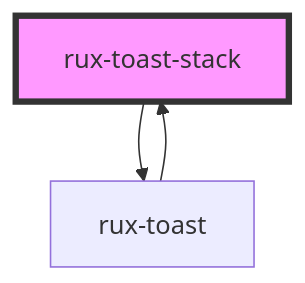
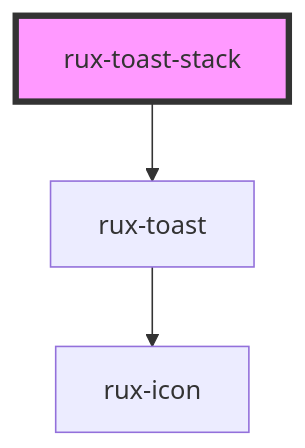
Before and after one commit to RocketCommunicationsInc/astro: the diagram in packages/web-components/src/components/rux-toast-stack/readme.md, drawn with Mermaid. The commit also changed other lines of this file and 5 other files, not shown here.

````diff
--- a/packages/web-components/src/components/rux-toast-stack/readme.md
+++ b/packages/web-components/src/components/rux-toast-stack/readme.md
@@ -46,6 +42,6 @@
 ```mermaid
 graph TD;
   rux-toast-stack --> rux-toast
-  rux-toast --> rux-toast-stack
+  rux-toast --> rux-icon
   style rux-toast-stack fill:#f9f,stroke:#333,stroke-width:4px
 ```
````
